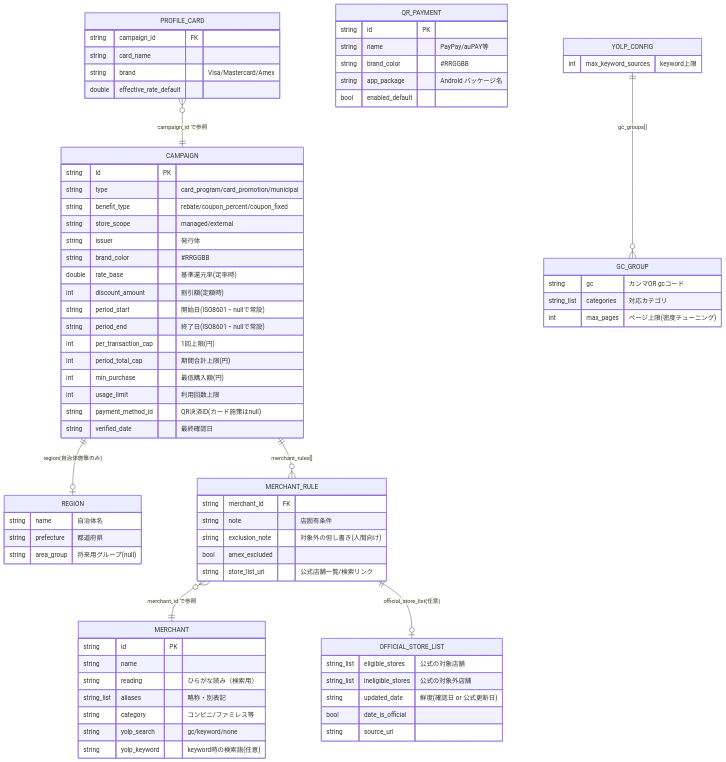
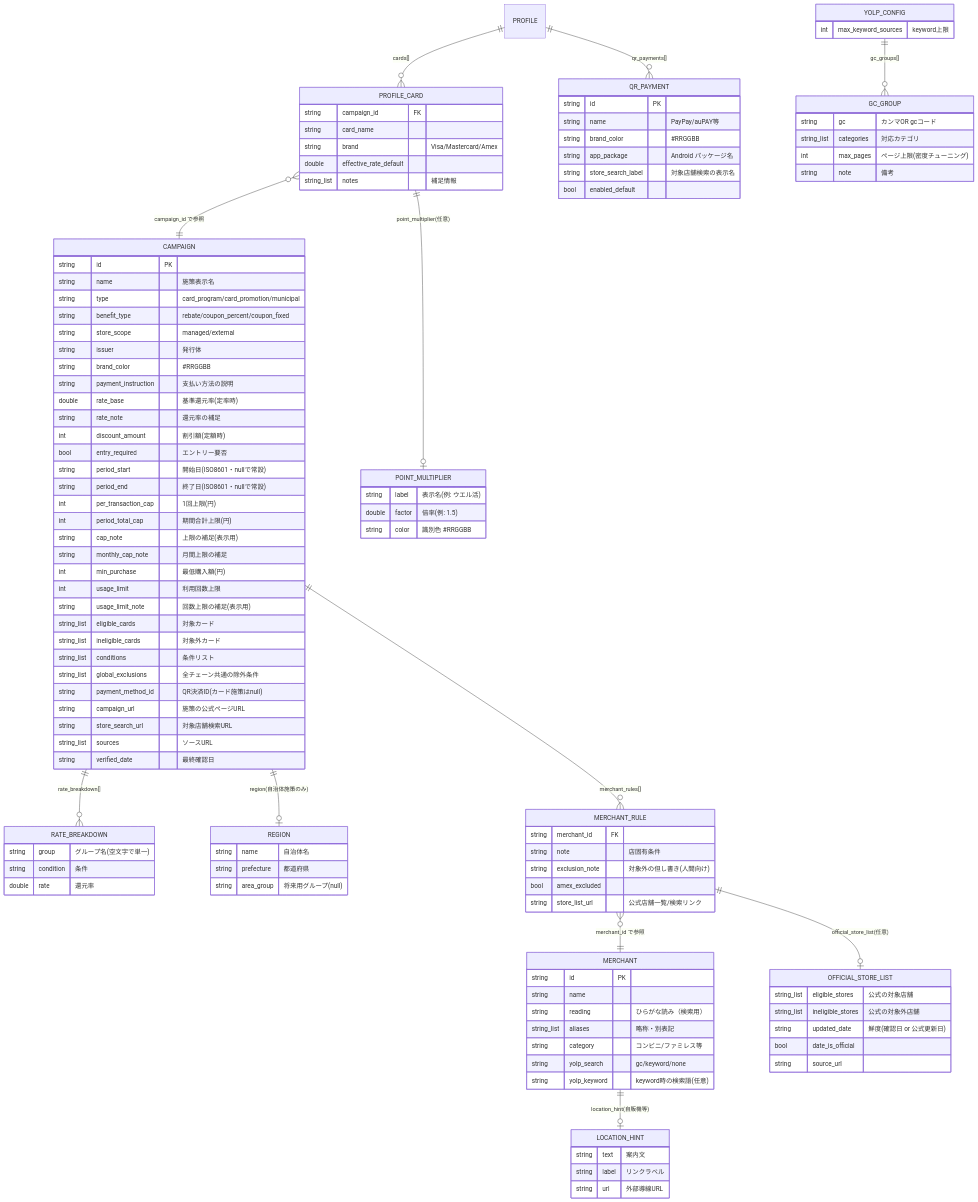
Before and after one commit to ktakjm/poikatsu: the second of 6 diagrams in docs/code-guide.md, drawn with Mermaid. The commit also changed other lines of this file and 6 other files, not shown here.

First line of the commit message:
refactor: split SearchScreen.kt into PoikatsuApp, Settings, Campaign, Judgment, UiHelpers

````diff
--- a/docs/code-guide.md
+++ b/docs/code-guide.md
@@ -134,23 +136,47 @@
         string yolp_search "gc/keyword/none"
         string yolp_keyword "keyword時の検索語(任意)"
     }
+    LOCATION_HINT {
+        string text "案内文"
+        string label "リンクラベル"
+        string url "外部導線URL"
+    }
     CAMPAIGN {
         string id PK
+        string name "施策表示名"
         string type "card_program/card_promotion/municipal"
         string benefit_type "rebate/coupon_percent/coupon_fixed"
         string store_scope "managed/external"
         string issuer "発行体"
         string brand_color "#RRGGBB"
+        string payment_instruction "支払い方法の説明"
         double rate_base "基準還元率(定率時)"
+        string rate_note "還元率の補足"
         int discount_amount "割引額(定額時)"
+        bool entry_required "エントリー要否"
         string period_start "開始日(ISO8601・nullで常設)"
         string period_end "終了日(ISO8601・nullで常設)"
         int per_transaction_cap "1回上限(円)"
         int period_total_cap "期間合計上限(円)"
+        string cap_note "上限の補足(表示用)"
+        string monthly_cap_note "月間上限の補足"
         int min_purchase "最低購入額(円)"
         int usage_limit "利用回数上限"
+        string usage_limit_note "回数上限の補足(表示用)"
+        string_list eligible_cards "対象カード"
+        string_list ineligible_cards "対象外カード"
+        string_list conditions "条件リスト"
+        string_list global_exclusions "全チェーン共通の除外条件"
         string payment_method_id "QR決済ID(カード施策はnull)"
+        string campaign_url "施策の公式ページURL"
+        string store_search_url "対象店舗検索URL"
+        string_list sources "ソースURL"
         string verified_date "最終確認日"
+    }
+    RATE_BREAKDOWN {
+        string group "グループ名(空文字で単一)"
+        string condition "条件"
+        double rate "還元率"
     }
     REGION {
         string name "自治体名"
@@ -171,17 +197,26 @@
         bool date_is_official
         string source_url
     }
+    PROFILE {
+    }
     PROFILE_CARD {
         string campaign_id FK
         string card_name
         string brand "Visa/Mastercard/Amex"
         double effective_rate_default
+        string_list notes "補足情報"
+    }
+    POINT_MULTIPLIER {
+        string label "表示名(例: ウエル活)"
+        double factor "倍率(例: 1.5)"
+        string color "識別色 #RRGGBB"
     }
     QR_PAYMENT {
         string id PK
         string name "PayPay/auPAY等"
         string brand_color "#RRGGBB"
         string app_package "Android パッケージ名"
+        string store_search_label "対象店舗検索の表示名"
         bool enabled_default
     }
     YOLP_CONFIG {
@@ -191,11 +226,17 @@
         string gc "カンマOR gcコード"
         string_list categories "対応カテゴリ"
         int max_pages "ページ上限(密度チューニング)"
+        string note "備考"
     }
+    PROFILE ||--o{ PROFILE_CARD : "cards[]"
+    PROFILE ||--o{ QR_PAYMENT : "qr_payments[]"
     CAMPAIGN ||--o{ MERCHANT_RULE : "merchant_rules[]"
+    CAMPAIGN ||--o{ RATE_BREAKDOWN : "rate_breakdown[]"
     CAMPAIGN ||--o| REGION : "region(自治体施策のみ)"
+    MERCHANT ||--o| LOCATION_HINT : "location_hint(自販機等)"
     MERCHANT_RULE }o--|| MERCHANT : "merchant_id で参照"
     MERCHANT_RULE ||--o| OFFICIAL_STORE_LIST : "official_store_list(任意)"
     PROFILE_CARD }o--|| CAMPAIGN : "campaign_id で参照"
+    PROFILE_CARD ||--o| POINT_MULTIPLIER : "point_multiplier(任意)"
     YOLP_CONFIG ||--o{ GC_GROUP : "gc_groups[]"
 ```
````
